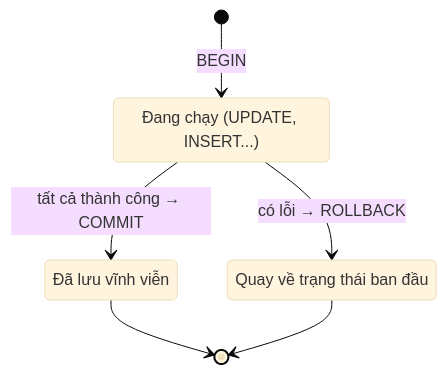
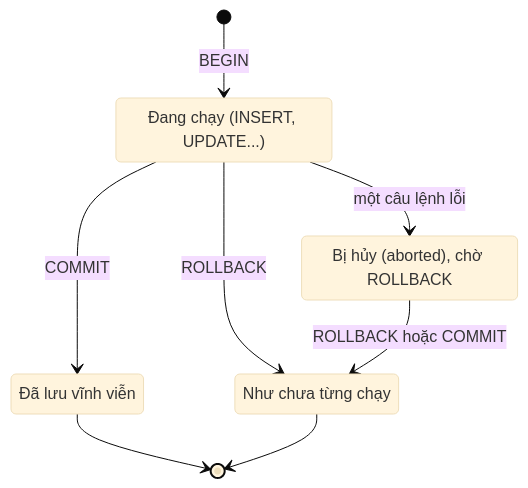
The diagram in lessons/16-transactions-acid.md (TienNHM/sql-challenge), drawn with Mermaid (base theme) before and after one commit. The commit also changed other lines of this file and 137 other files, not shown here.

````diff
--- a/lessons/16-transactions-acid.md
+++ b/lessons/16-transactions-acid.md
@@ -12,11 +33,14 @@
 ```mermaid
 stateDiagram-v2
     [*] --> DangChay: BEGIN
-    DangChay: Đang chạy (UPDATE, INSERT...)
-    DangChay --> DaLuu: tất cả thành công → COMMIT
-    DangChay --> DaHuy: có lỗi → ROLLBACK
+    DangChay: Đang chạy (INSERT, UPDATE...)
+    DangChay --> DaLuu: COMMIT
+    DangChay --> LoiHuy: một câu lệnh lỗi
+    LoiHuy: Bị hủy (aborted), chờ ROLLBACK
+    DangChay --> DaHuy: ROLLBACK
+    LoiHuy --> DaHuy: ROLLBACK hoặc COMMIT
     DaLuu: Đã lưu vĩnh viễn
-    DaHuy: Quay về trạng thái ban đầu
+    DaHuy: Như chưa từng chạy
     DaLuu --> [*]
     DaHuy --> [*]
 ```
````
